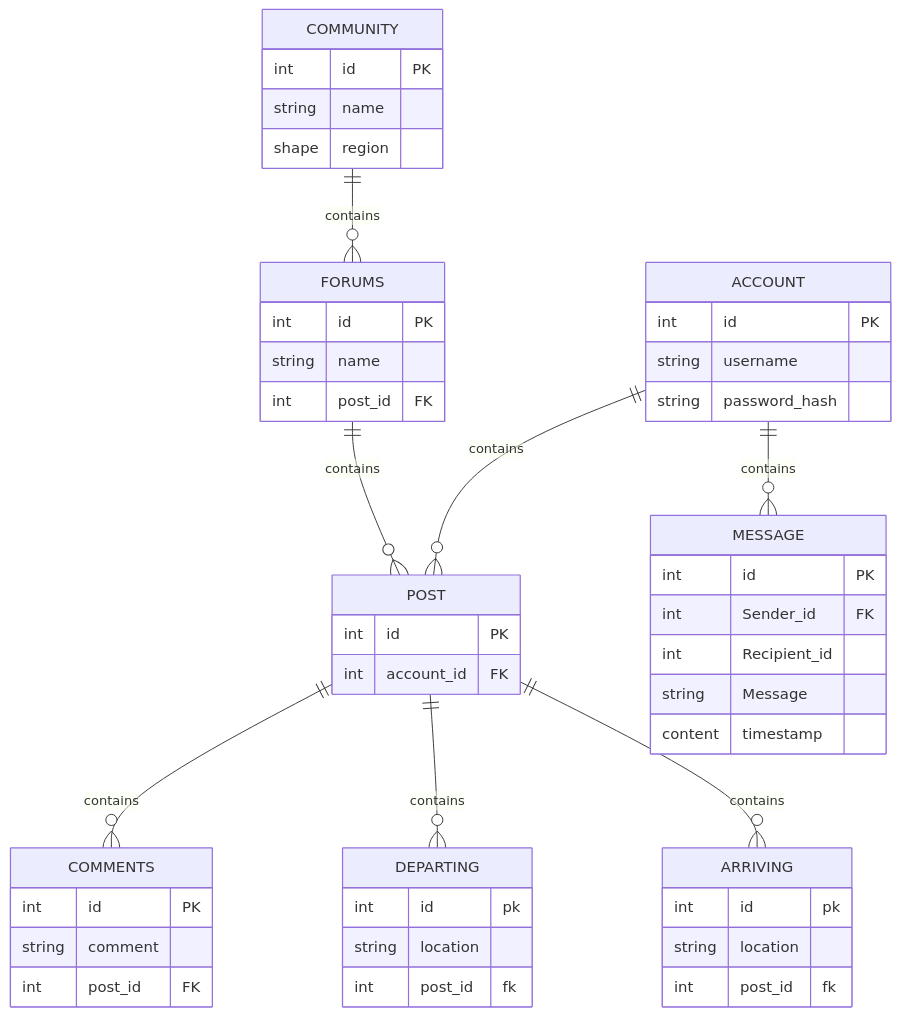
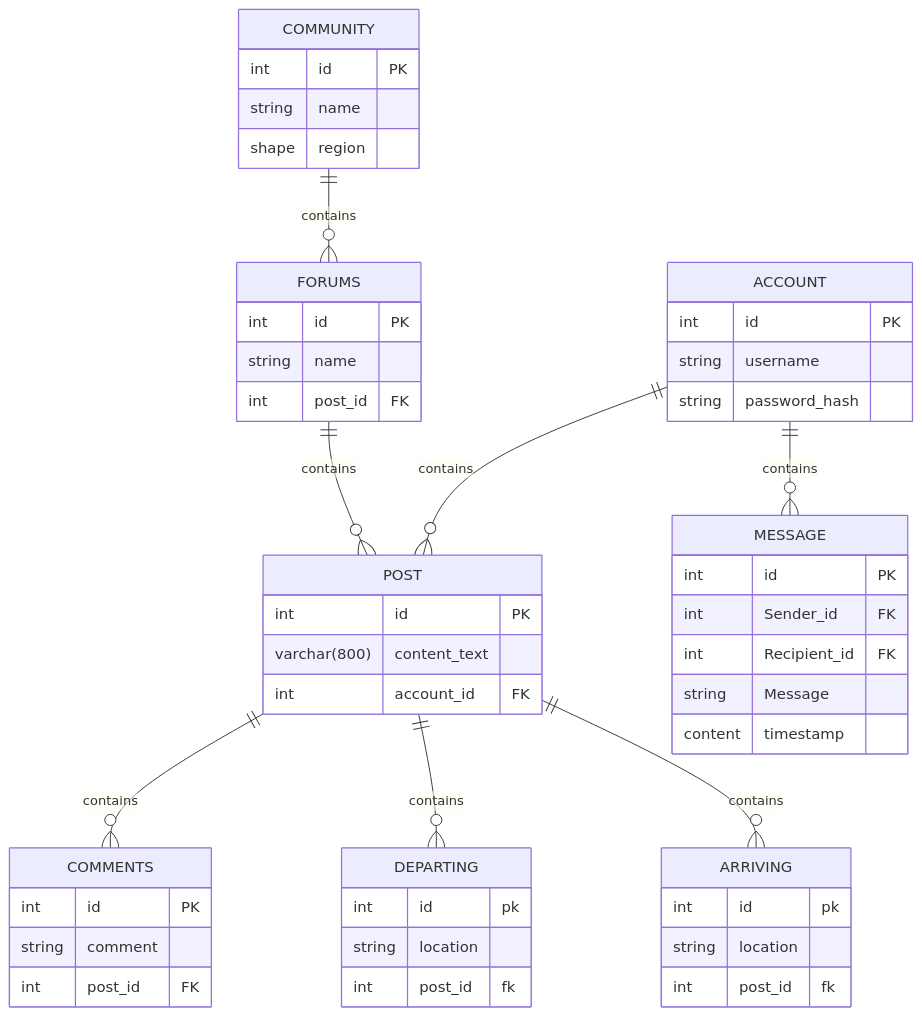
The diagram in ProjectManagement/WhitePapers/DevelopmentEnvironment/DatabaseWhitepaper.md (byui-cse397/2024WinCSE490PCP), drawn with Mermaid before and after one commit.

````diff
--- a/ProjectManagement/WhitePapers/DevelopmentEnvironment/DatabaseWhitepaper.md
+++ b/ProjectManagement/WhitePapers/DevelopmentEnvironment/DatabaseWhitepaper.md
@@ -118,62 +118,63 @@
 ```mermaid
 erDiagram
     ACCOUNT {
         int id PK
         string username
         string password_hash
     }
     POST {
         int id PK
+        varchar(800) content_text
         int account_id FK
     }
     
     ACCOUNT ||--o{ POST : contains
 
     COMMENTS {
         int id PK
         string comment
         int post_id FK
     }
 
     POST ||--o{ COMMENTS : contains
 
     DEPARTING {
         int id pk
         string location
         int post_id fk
     }
 
     POST ||--o{ DEPARTING : contains
 
     ARRIVING {
         int id pk
         string location
         int post_id fk
     }
 
     POST ||--o{ ARRIVING : contains
 
     COMMUNITY ||--o{ FORUMS : contains
     COMMUNITY {
         int id PK
         string name
         shape region
     }
 
     FORUMS ||--o{ POST : contains
     FORUMS {
         int id PK
         string name
         int post_id FK
     }
 
      ACCOUNT ||--o{ MESSAGE: contains
     MESSAGE{
         int id PK
         int Sender_id FK
-        int Recipient_id
+        int Recipient_id FK
         string Message content
         timestamp
     }
 
 ```
````
